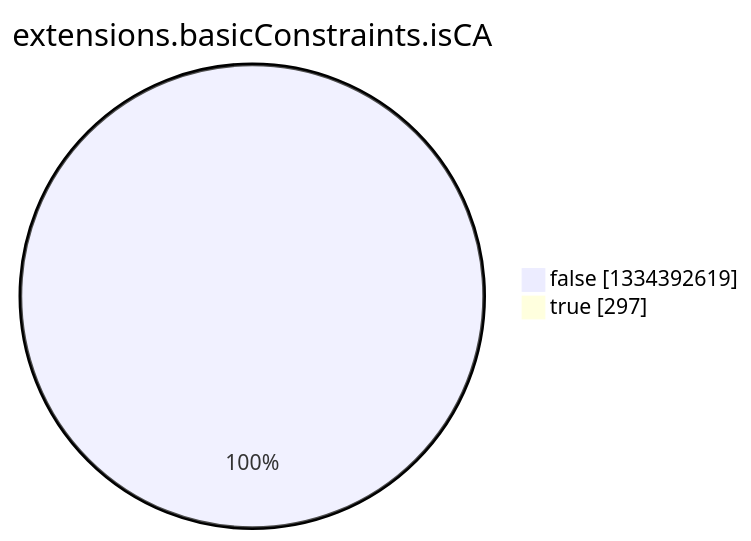
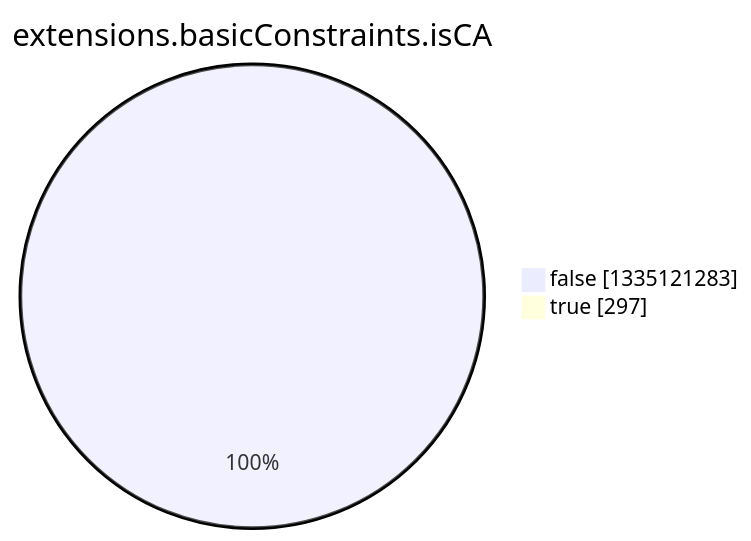
Before and after one commit to christiankrug/ctmonitor_visualization: the eighth of 15 diagrams in argon2022/README.md, drawn with Mermaid. The commit also changed other lines of this file, not shown here.

````diff
--- a/argon2022/README.md
+++ b/argon2022/README.md
@@ -2758,6 +2758,6 @@
 ```mermaid
 pie showData
 title extensions.basicConstraints.isCA
-"false" :1334392619
+"false" :1335121283
 "true" :297
 ```
````
